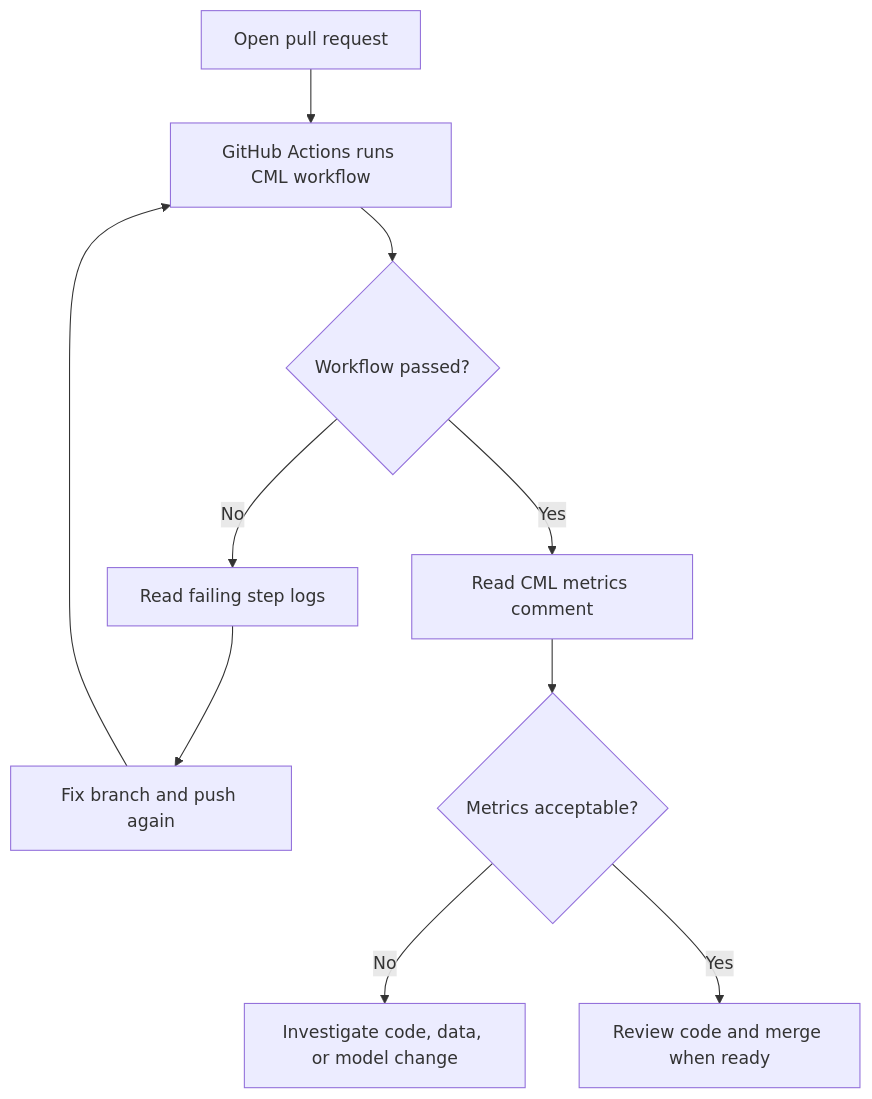
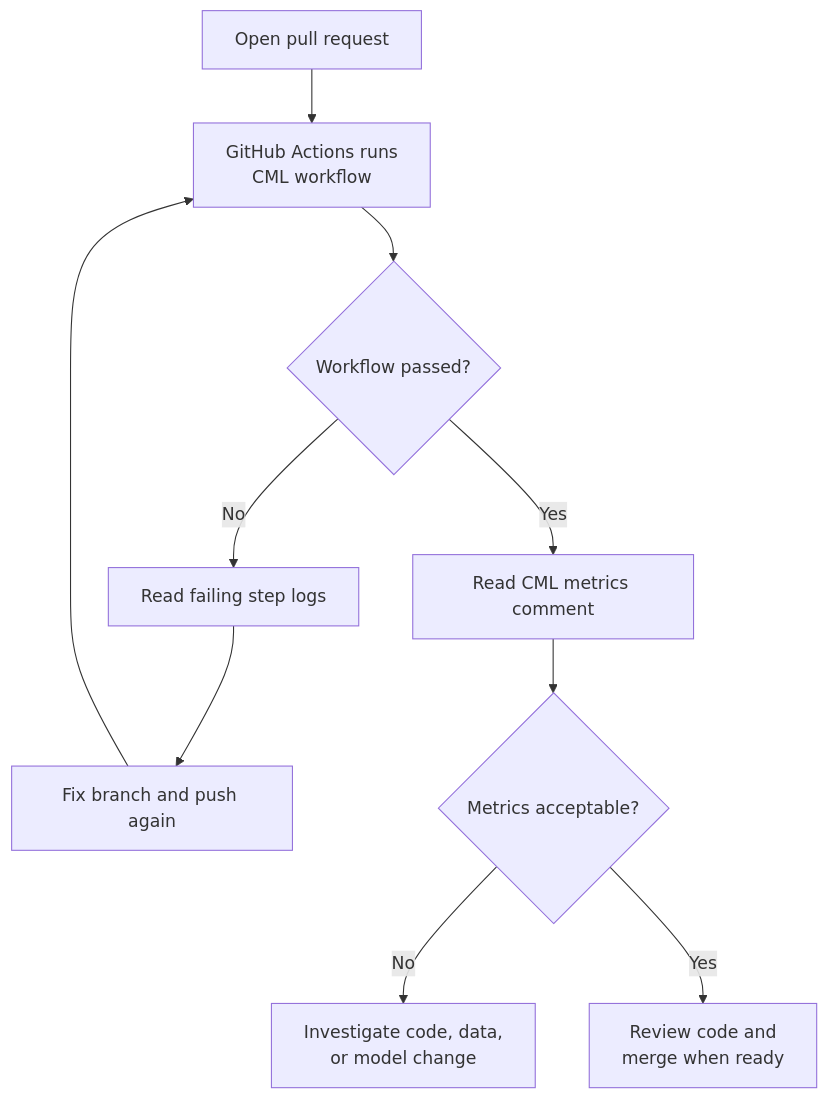
One commit to bootcampyoussef/mle-github-actions-and-cicd changed the first of 2 diagrams in 05-ci-review-and-troubleshooting.md. Above: the diagram before and after it, drawn with Mermaid. The commit also changed other lines of this file and 8 other files, not shown here.

````diff
--- a/05-ci-review-and-troubleshooting.md
+++ b/05-ci-review-and-troubleshooting.md
@@ -9,12 +9,12 @@
 ```mermaid
 flowchart TD
-    A["Open pull request"] --> B["GitHub Actions runs CML workflow"]
+    A["Open pull request"] --> B["GitHub Actions runs<br>CML workflow"]
     B --> C{"Workflow passed?"}
     C -->|No| D["Read failing step logs"]
     D --> E["Fix branch and push again"]
     E --> B
     C -->|Yes| F["Read CML metrics comment"]
     F --> G{"Metrics acceptable?"}
-    G -->|No| H["Investigate code, data, or model change"]
-    G -->|Yes| I["Review code and merge when ready"]
+    G -->|No| H["Investigate code, data,<br>or model change"]
+    G -->|Yes| I["Review code and<br>merge when ready"]
 ```
````
